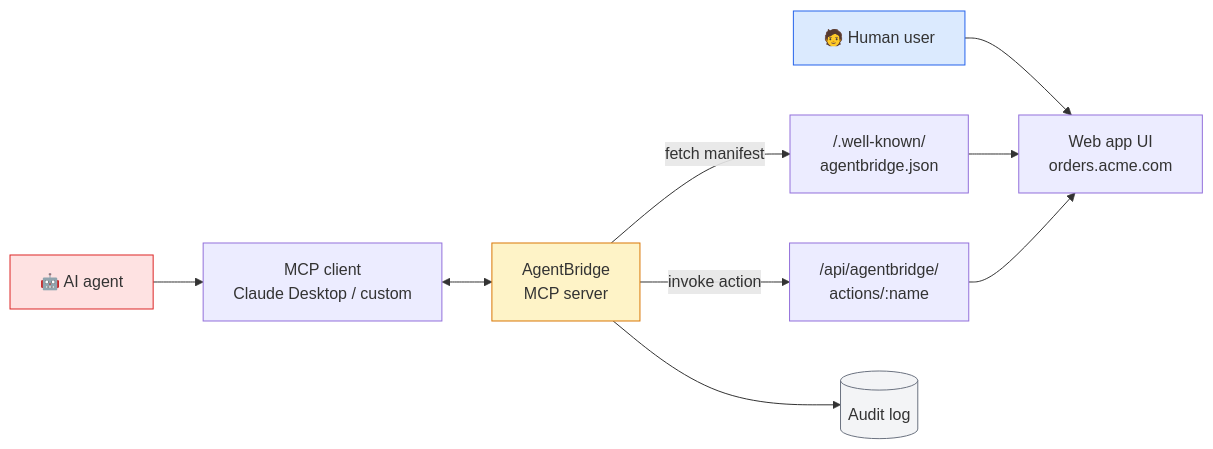
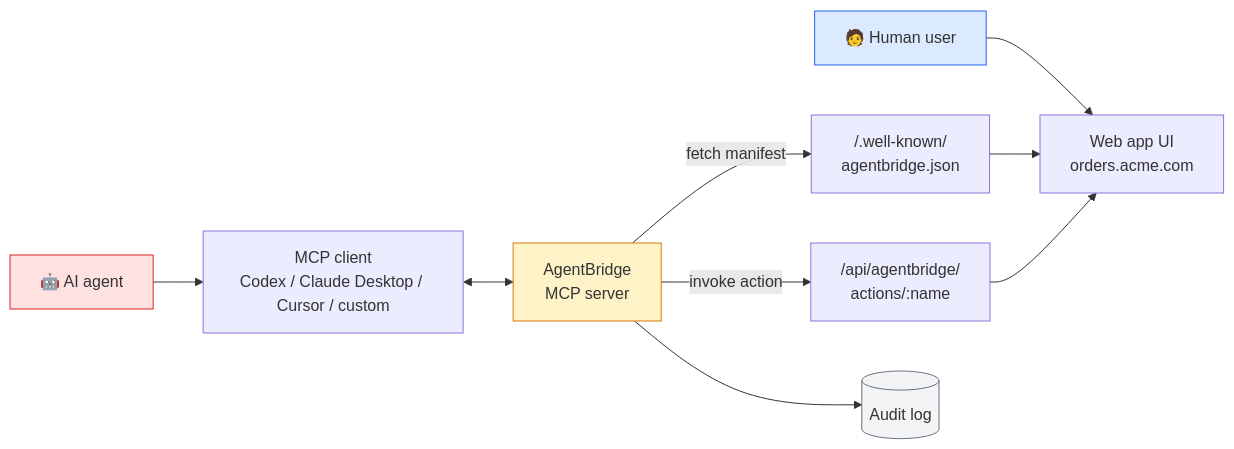
One commit to marmar9615-cloud/agentbridge-protocol changed the first of 3 diagrams in README.md. Above: the diagram before and after it, drawn with Mermaid. The commit also changed other lines of this file and 34 other files, not shown here.

````diff
--- a/README.md
+++ b/README.md
@@ -119,16 +119,16 @@
 ```mermaid
 flowchart LR
     A["🧑 Human user"] --> B["Web app UI<br/>orders.acme.com"]
-    C["🤖 AI agent"] --> D["MCP client<br/>Claude Desktop / custom"]
+    C["🤖 AI agent"] --> D["MCP client<br/>Codex / Claude Desktop / Cursor / custom"]
     D <--> E["AgentBridge<br/>MCP server"]
     E -->|fetch manifest| F["/.well-known/<br/>agentbridge.json"]
     E -->|invoke action| G["/api/agentbridge/<br/>actions/:name"]
     F --> B
     G --> B
     E --> H[("Audit log")]
 
     style A fill:#dbeafe,stroke:#2563eb
     style C fill:#fee2e2,stroke:#dc2626
     style E fill:#fef3c7,stroke:#d97706
     style H fill:#f3f4f6,stroke:#6b7280
 ```
````
